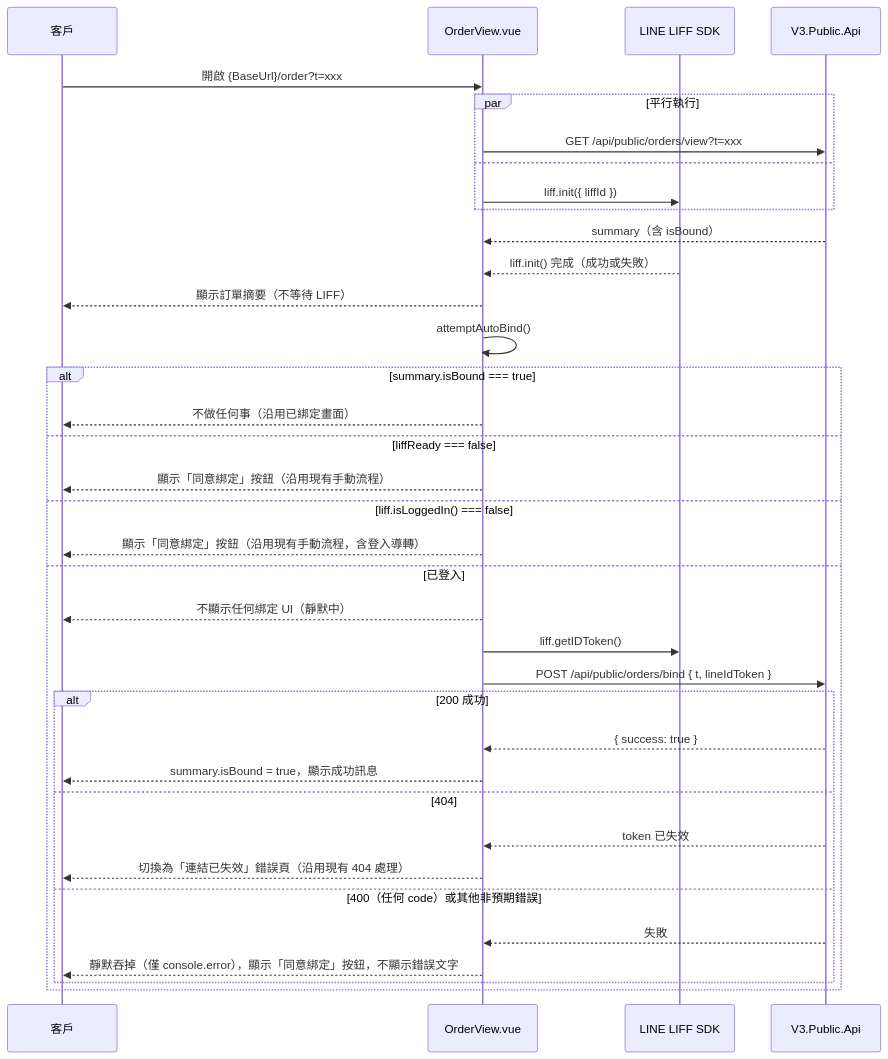
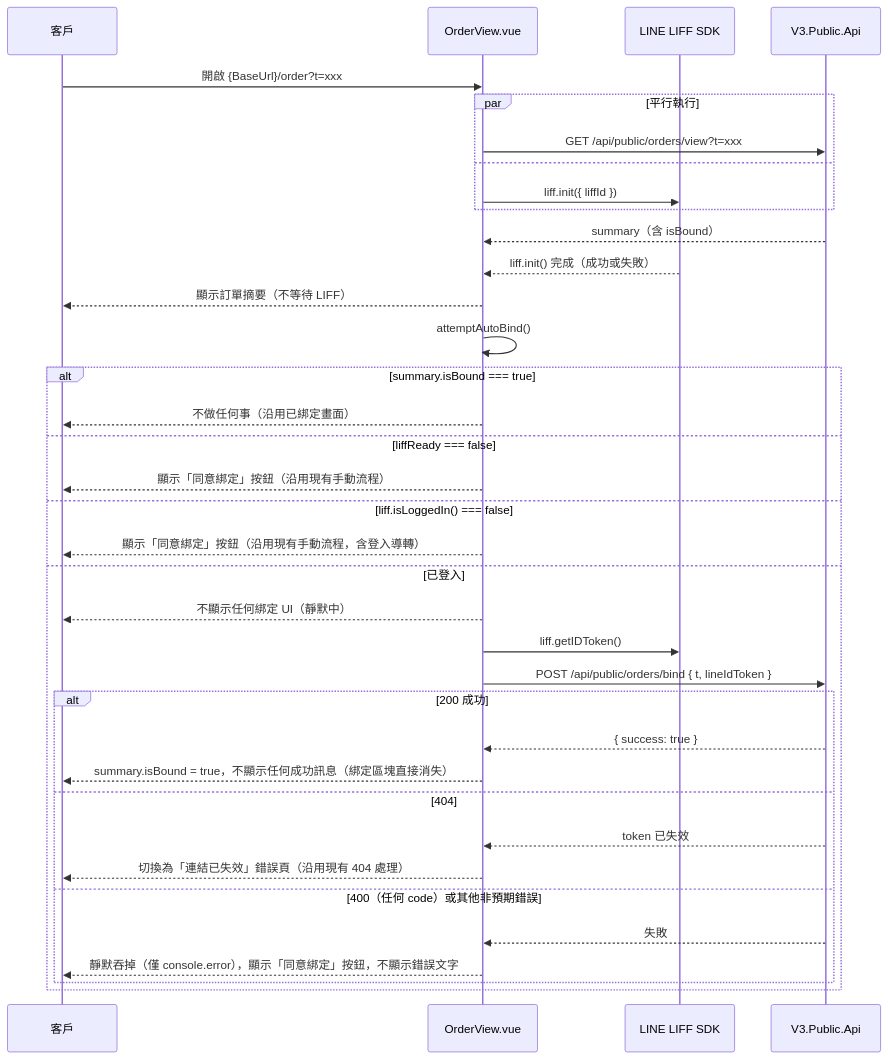
Before and after one commit to chuangmaster/real-you-service-front-end: the diagram in docs/superpowers/specs/2026-07-25-order-auto-bind-design.md, drawn with Mermaid. The commit also changed other lines of this file and 2 other files, not shown here.

Commit message:
feat: remove bind-success confirmation message entirely
Binding (whether silent auto-bind or the manual button) should be
invisible to the customer end-to-end — no success confirmation, just
the bind section quietly disappearing once summary.isBound is true.
Drops the now-unused order.bind.success i18n string.

````diff
--- a/docs/superpowers/specs/2026-07-25-order-auto-bind-design.md
+++ b/docs/superpowers/specs/2026-07-25-order-auto-bind-design.md
@@ -11,40 +11,40 @@
 ```mermaid
 sequenceDiagram
     participant Customer as 客戶
     participant FE as OrderView.vue
     participant LIFF as LINE LIFF SDK
     participant API as V3.Public.Api
 
     Customer->>FE: 開啟 {BaseUrl}/order?t=xxx
     par 平行執行
         FE->>API: GET /api/public/orders/view?t=xxx
     and
         FE->>LIFF: liff.init({ liffId })
     end
     API-->>FE: summary（含 isBound）
     LIFF-->>FE: liff.init() 完成（成功或失敗）
     FE-->>Customer: 顯示訂單摘要（不等待 LIFF）
 
     FE->>FE: attemptAutoBind()
     alt summary.isBound === true
         FE-->>Customer: 不做任何事（沿用已綁定畫面）
     else liffReady === false
         FE-->>Customer: 顯示「同意綁定」按鈕（沿用現有手動流程）
     else liff.isLoggedIn() === false
         FE-->>Customer: 顯示「同意綁定」按鈕（沿用現有手動流程，含登入導轉）
     else 已登入
         FE-->>Customer: 不顯示任何綁定 UI（靜默中）
         FE->>LIFF: liff.getIDToken()
         FE->>API: POST /api/public/orders/bind { t, lineIdToken }
         alt 200 成功
             API-->>FE: { success: true }
-            FE-->>Customer: summary.isBound = true，顯示成功訊息
+            FE-->>Customer: summary.isBound = true，不顯示任何成功訊息（綁定區塊直接消失）
         else 404
             API-->>FE: token 已失效
             FE-->>Customer: 切換為「連結已失效」錯誤頁（沿用現有 404 處理）
         else 400（任何 code）或其他非預期錯誤
             API-->>FE: 失敗
             FE-->>Customer: 靜默吞掉（僅 console.error），顯示「同意綁定」按鈕，不顯示錯誤文字
         end
     end
 ```
````
